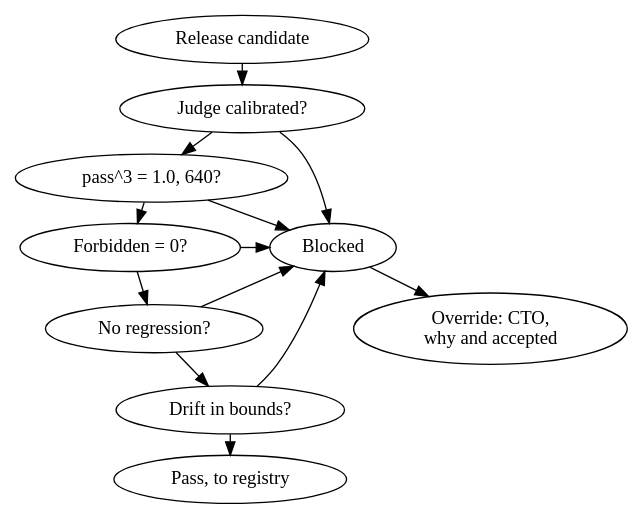
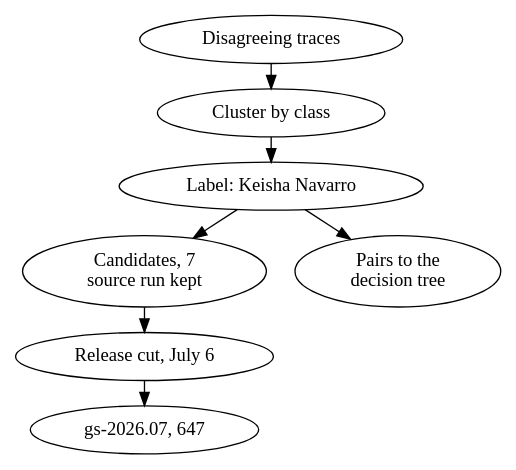
One commit to rajesh1008/system-design-book changed the diagram in figures/src/ch34/fig-34-7.dot. Above: the diagram before and after it, drawn with Graphviz. The commit also changed 158 other files, not shown here.

```diff
--- a/figures/src/ch34/fig-34-7.dot
+++ b/figures/src/ch34/fig-34-7.dot
@@ -1,30 +1,22 @@
-// Figure 34.7  The release gate
-// Reading order: top to bottom. Each check must pass in order; any
-// failure blocks the release. Only the named role may override, and
-// the override records why and what it accepts. From evals.gate.
+// Figure 34.7  From traces to the next golden set
+// Reading order: top to bottom. Disagreeing traces are clustered,
+// labeled by a named owner, and held as candidates that carry their
+// source run; they enter the gate set only at a release cut. Pairs
+// go to Chapter 17's decision tree. From evals.harvest.
 digraph flow {
 #include "book.gv"
-  rankdir=TB; nodesep=0.3; ranksep=0.22;
-  rel [label="Release candidate", class="ops"];
-  c0 [label="Judge calibrated?", class="policy gate"];
-  c1 [label="pass^3 = 1.0, 640?", class="policy gate"];
-  c2 [label="Forbidden = 0?", class="policy gate"];
-  c3 [label="No regression?", class="policy gate"];
-  c4 [label="Drift in bounds?", class="policy gate"];
-  ok [label="Pass, to registry", class="verified"];
-  no [label="Blocked", class="fail"];
-  ov [label="Override: CTO,\nwhy and accepted", class="org human"];
-  rel -> c0 [class="control"];
-  c0 -> c1 [class="control"];
-  c1 -> c2 [class="control"];
-  c2 -> c3 [class="control"];
-  c3 -> c4 [class="control"];
-  c4 -> ok [class="emphasis"];
-  c0 -> no [class="fail"];
-  c1 -> no [class="fail"];
-  c2 -> no [class="fail"];
-  c3 -> no [class="fail"];
-  c4 -> no [class="fail"];
-  no -> ov [class="async"];
-  {rank=same; c2; no;}
+  rankdir=TB; nodesep=0.3; ranksep=0.26;
+  tr [label="Disagreeing traces", class="evidence store"];
+  cl [label="Cluster by class", class="evidence"];
+  lb [label="Label: Keisha Navarro", class="org human"];
+  cd [label="Candidates, 7\nsource run kept", class="evidence store"];
+  pr [label="Pairs to the\ndecision tree", class="org"];
+  cut [label="Release cut, July 6", class="verified gate"];
+  gs [label="gs-2026.07, 647", class="verified"];
+  tr -> cl [class="data"];
+  cl -> lb [class="data"];
+  lb -> cd [class="data"];
+  lb -> pr [class="async"];
+  cd -> cut [class="emphasis"];
+  cut -> gs [class="control"];
 }
```
